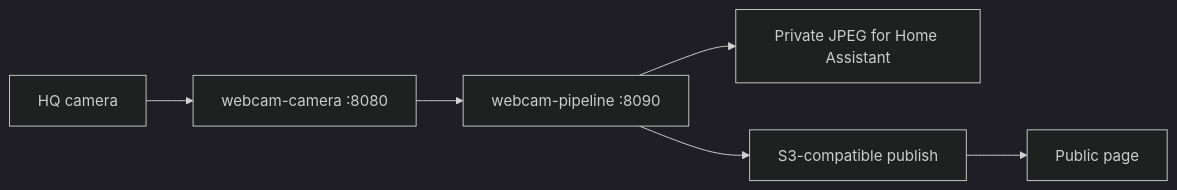
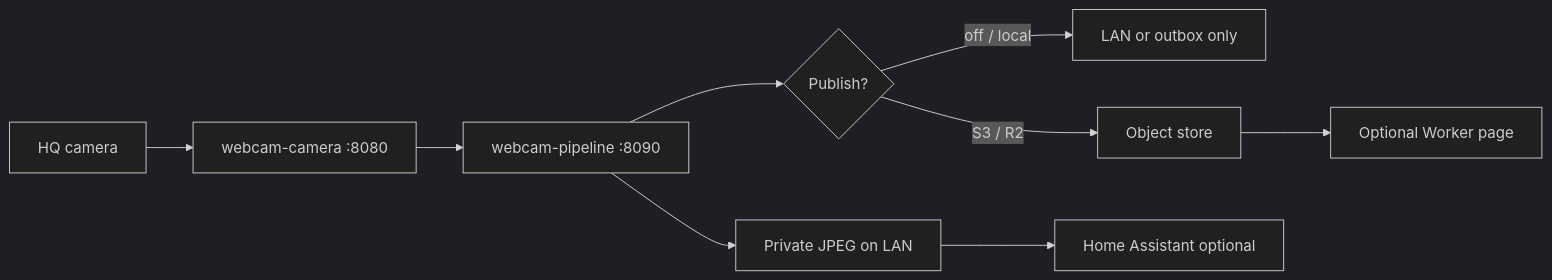
One commit to JavanXD/diy-home-webcam changed the first of 2 diagrams in README.md. Above: the diagram before and after it, drawn with Mermaid (dark theme). The commit also changed other lines of this file and 9 other files, not shown here.

First line of the commit message:
Make DIY docs scannable with sized images and Mermaid diagrams.

````diff
--- a/README.md
+++ b/README.md
@@ -7,8 +11,11 @@
 ```mermaid
 flowchart LR
-  sensor[HQ camera] --> cap["webcam-camera :8080"]
-  cap --> pipe["webcam-pipeline :8090"]
-  pipe --> lan[Private JPEG for Home Assistant]
-  pipe --> s3[S3-compatible publish]
-  s3 --> site[Public page]
+  cam[HQ camera] --> capture["webcam-camera :8080"]
+  capture --> pipe["webcam-pipeline :8090"]
+  pipe --> private[Private JPEG on LAN]
+  pipe --> public{Publish?}
+  public -->|off / local| lanOnly[LAN or outbox only]
+  public -->|S3 / R2| bucket[Object store]
+  bucket --> worker[Optional Worker page]
+  private --> ha[Home Assistant optional]
 ```
````
